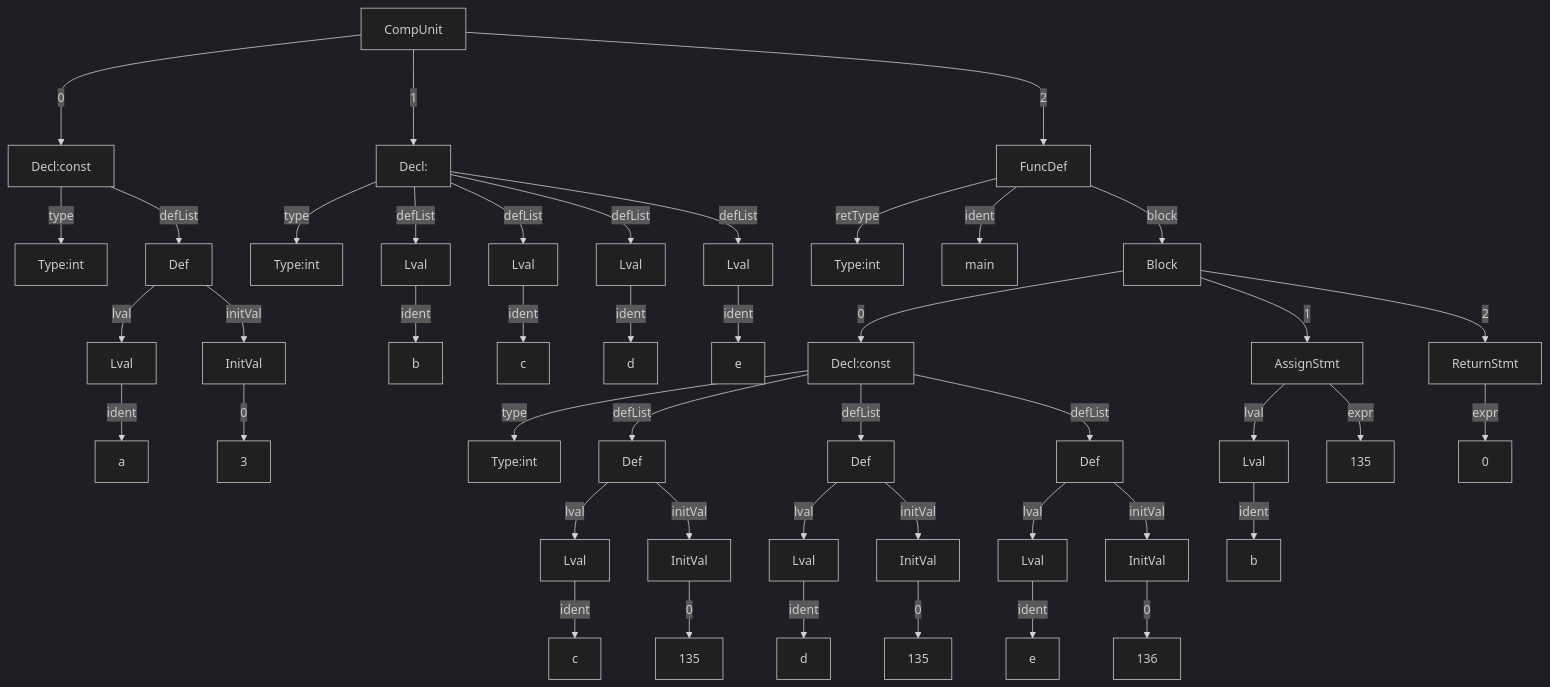
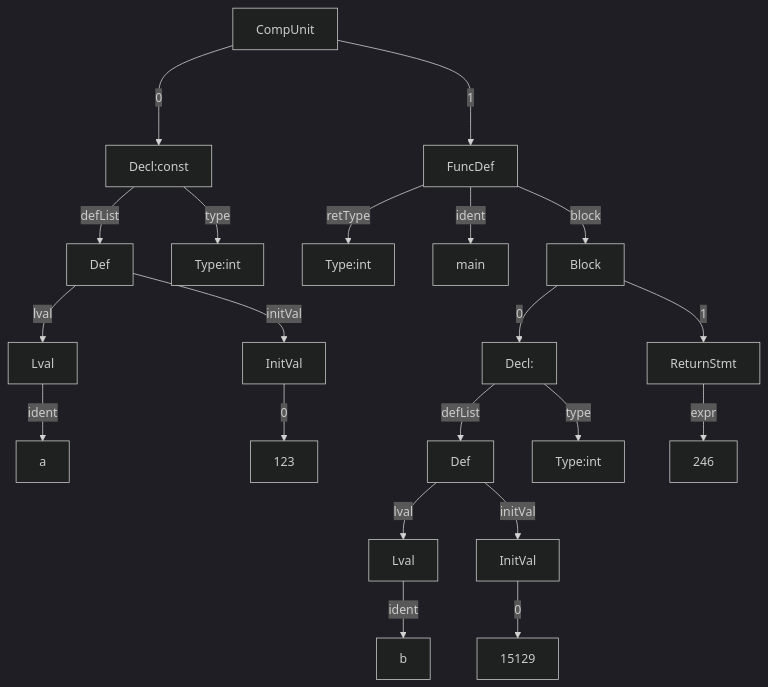
One commit to nyml2003/sysY changed the diagram in tests/Decl-1/out.md. Above: the diagram before and after it, drawn with Mermaid (dark theme). The commit also changed other lines of this file and 45 other files, not shown here.

````diff
--- a/tests/Decl-1/out.md
+++ b/tests/Decl-1/out.md
@@ -1,6 +6,6 @@
 ```mermaid
 graph TD
-61[CompUnit]--0--->6
+30[CompUnit]--0--->6
 6[Decl:const ]
 6--type-->7
 7[Type:int]
@@ -13,79 +18,31 @@
 5--initVal-->4
 4[InitVal]
 4--0-->3
-3[3]
-61[CompUnit]--1--->17
-17[Decl:]
-17--type-->18
-18[Type:int]
-17--defList-->10
-10[Lval]
-10--ident-->9
-9[b]
-17--defList-->12
+3[123]
+30[CompUnit]--1--->29
+29[FuncDef]
+29--retType-->8
+8[Type:int]
+29--ident-->9
+9[main]
+29--block-->28
+28[Block]
+28--0-->20
+20[Decl:]
+20--type-->21
+21[Type:int]
+20--defList-->19
+19[Def]
+19--lval-->12
 12[Lval]
 12--ident-->11
-11[c]
-17--defList-->14
-14[Lval]
-14--ident-->13
-13[d]
-17--defList-->16
-16[Lval]
-16--ident-->15
-15[e]
-61[CompUnit]--2--->60
-60[FuncDef]
-60--retType-->19
-19[Type:int]
-60--ident-->20
-20[main]
-60--block-->59
-59[Block]
-59--0-->50
-50[Decl:const ]
-50--type-->51
-51[Type:int]
-50--defList-->35
-35[Def]
-35--lval-->23
-23[Lval]
-23--ident-->22
-22[c]
-35--initVal-->34
-34[InitVal]
-34--0-->68
-68[135]
-50--defList-->41
-41[Def]
-41--lval-->37
-37[Lval]
-37--ident-->36
-36[d]
-41--initVal-->40
-40[InitVal]
-40--0-->70
-70[135]
-50--defList-->49
-49[Def]
-49--lval-->43
-43[Lval]
-43--ident-->42
-42[e]
-49--initVal-->48
-48[InitVal]
-48--0-->73
-73[136]
-59--1-->56
-56[AssignStmt]
-56--lval-->53
-53[Lval]
-53--ident-->52
-52[b]
-56--expr-->75
-75[135]
-59--2-->58
-58[ReturnStmt]
-58--expr-->57
-57[0]
+11[b]
+19--initVal-->18
+18[InitVal]
+18--0-->34
+34[15129]
+28--1-->27
+27[ReturnStmt]
+27--expr-->38
+38[246]
 ```
````
